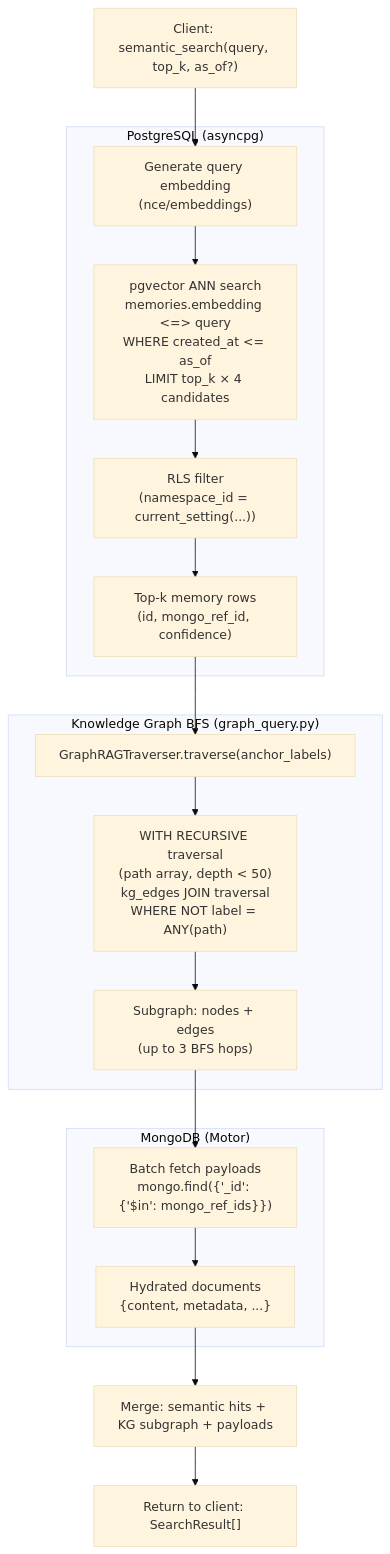
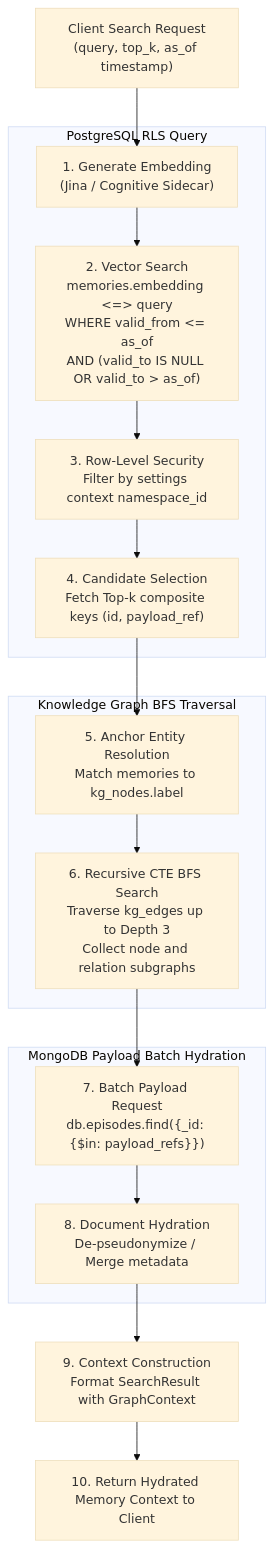
The second of 2 diagrams in docs/database_architecture.md (sindrehaugen/TriMCP), drawn with Mermaid (base theme) before and after one commit. The commit also changed other lines of this file and 242 other files, not shown here.

````diff
--- a/docs/database_architecture.md
+++ b/docs/database_architecture.md
@@ -181,29 +175,28 @@
 ```mermaid
 flowchart TD
-  A["Client: semantic_search(query, top_k, as_of?)"] --> B
-
-  subgraph PG["PostgreSQL (asyncpg)"]
-    B["Generate query embedding\n(nce/embeddings)"]
-    B --> C["pgvector ANN search\nmemories.embedding <=> query\nWHERE created_at <= as_of\nLIMIT top_k × 4 candidates"]
-    C --> D["RLS filter\n(namespace_id = current_setting(...))"]
-    D --> E["Top-k memory rows\n(id, mongo_ref_id, confidence)"]
+  A["Client Search Request<br>(query, top_k, as_of timestamp)"] --> B
+  
+  subgraph PostgreSQL [PostgreSQL RLS Query]
+    B["1. Generate Embedding<br>(Jina / Cognitive Sidecar)"] --> C
+    C["2. Vector Search<br>memories.embedding <=> query<br>WHERE valid_from <= as_of<br>AND (valid_to IS NULL OR valid_to > as_of)"]
+    C --> D["3. Row-Level Security<br>Filter by settings context namespace_id"]
+    D --> E["4. Candidate Selection<br>Fetch Top-k composite keys (id, payload_ref)"]
+  end
+  
+  E --> F
+  
+  subgraph Knowledge_Graph [Knowledge Graph BFS Traversal]
+    F["5. Anchor Entity Resolution<br>Match memories to kg_nodes.label"]
+    F --> G["6. Recursive CTE BFS Search<br>Traverse kg_edges up to Depth 3<br>Collect node and relation subgraphs"]
   end
 
-  E --> F
-
-  subgraph KG["Knowledge Graph BFS (graph_query.py)"]
-    F["GraphRAGTraverser.traverse(anchor_labels)"]
-    F --> G["WITH RECURSIVE traversal\n(path array, depth < 50)\nkg_edges JOIN traversal\nWHERE NOT label = ANY(path)"]
-    G --> H["Subgraph: nodes + edges\n(up to 3 BFS hops)"]
+  G --> H
+  
+  subgraph MongoDB [MongoDB Payload Batch Hydration]
+    H["7. Batch Payload Request<br>db.episodes.find({_id: {$in: payload_refs}})"]
+    H --> I["8. Document Hydration<br>De-pseudonymize / Merge metadata"]
   end
 
-  H --> I
-
-  subgraph MG["MongoDB (Motor)"]
-    I["Batch fetch payloads\nmongo.find({'_id': {'$in': mongo_ref_ids}})"]
-    I --> J["Hydrated documents\n{content, metadata, ...}"]
-  end
-
-  J --> K["Merge: semantic hits + KG subgraph + payloads"]
-  K --> L["Return to client: SearchResult[]"]
+  I --> J["9. Context Construction<br>Format SearchResult with GraphContext"]
+  J --> K["10. Return Hydrated Memory Context to Client"]
 ```
````
